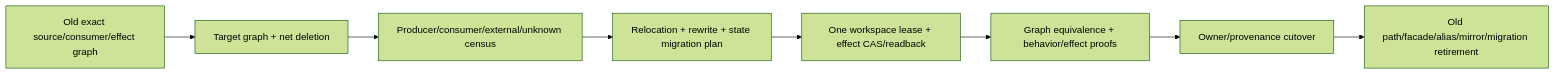
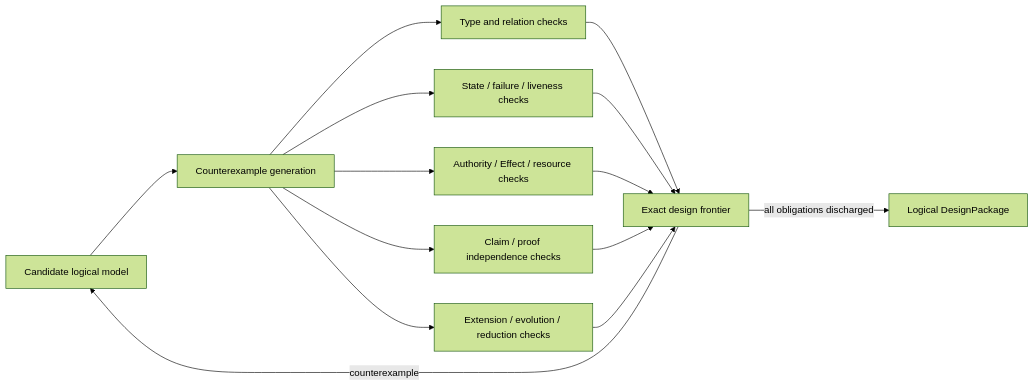
Before and after one commit to sec-platform/sec: diagram 18 of 18 in docs/system-architecture.md, drawn with Mermaid (forest theme). The commit also changed other lines of this file and 2 other files, not shown here.

Commit message:
docs: separate logical implementation and conformance design

````diff
--- a/docs/system-architecture.md
+++ b/docs/system-architecture.md
@@ -1313,10 +1033,16 @@
 ```mermaid
 flowchart LR
-  A[Old exact source/consumer/effect graph] --> B[Target graph + net deletion]
-  B --> C[Producer/consumer/external/unknown census]
-  C --> D[Relocation + rewrite + state migration plan]
-  D --> E[One workspace lease + effect CAS/readback]
-  E --> F[Graph equivalence + behavior/effect proofs]
-  F --> G[Owner/provenance cutover]
-  G --> H[Old path/facade/alias/mirror/migration retirement]
+  M[Candidate logical model] --> C[Counterexample generation]
+  C --> T[Type and relation checks]
+  C --> S[State / failure / liveness checks]
+  C --> A[Authority / Effect / resource checks]
+  C --> P[Claim / proof independence checks]
+  C --> E[Extension / evolution / reduction checks]
+  T --> F[Exact design frontier]
+  S --> F
+  A --> F
+  P --> F
+  E --> F
+  F -->|counterexample| M
+  F -->|all obligations discharged| D[Logical DesignPackage]
 ```
````
